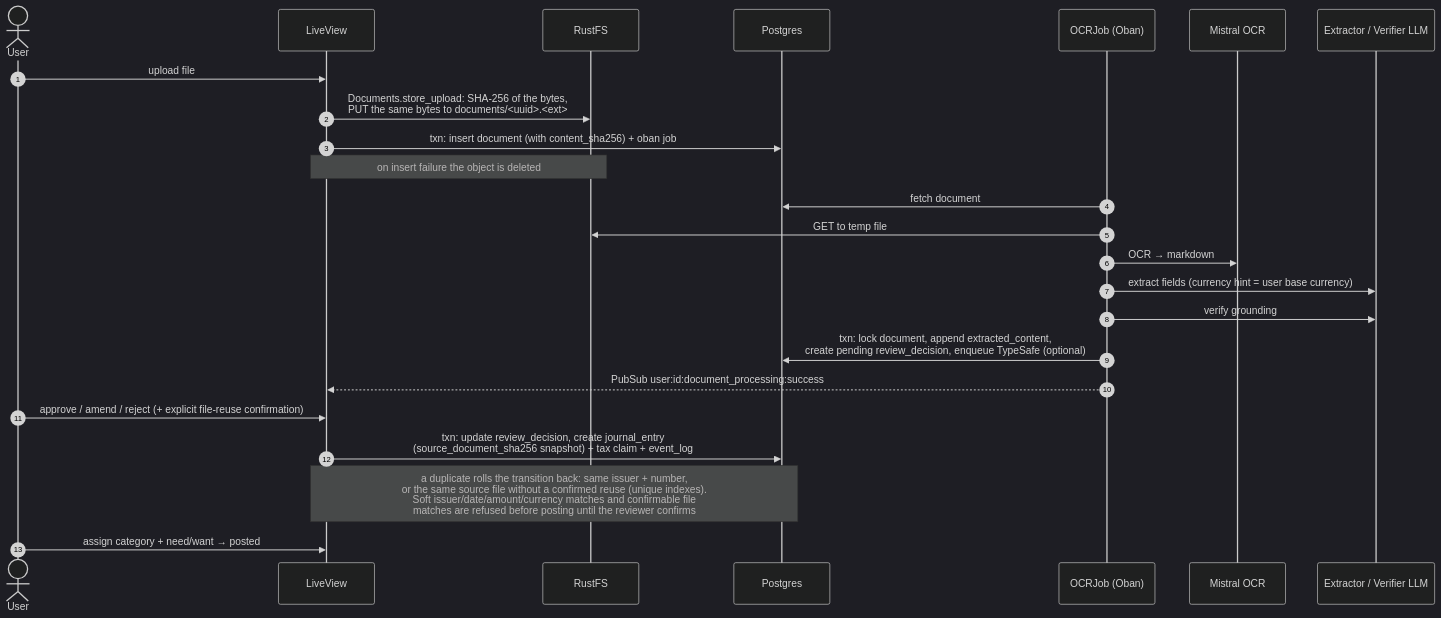
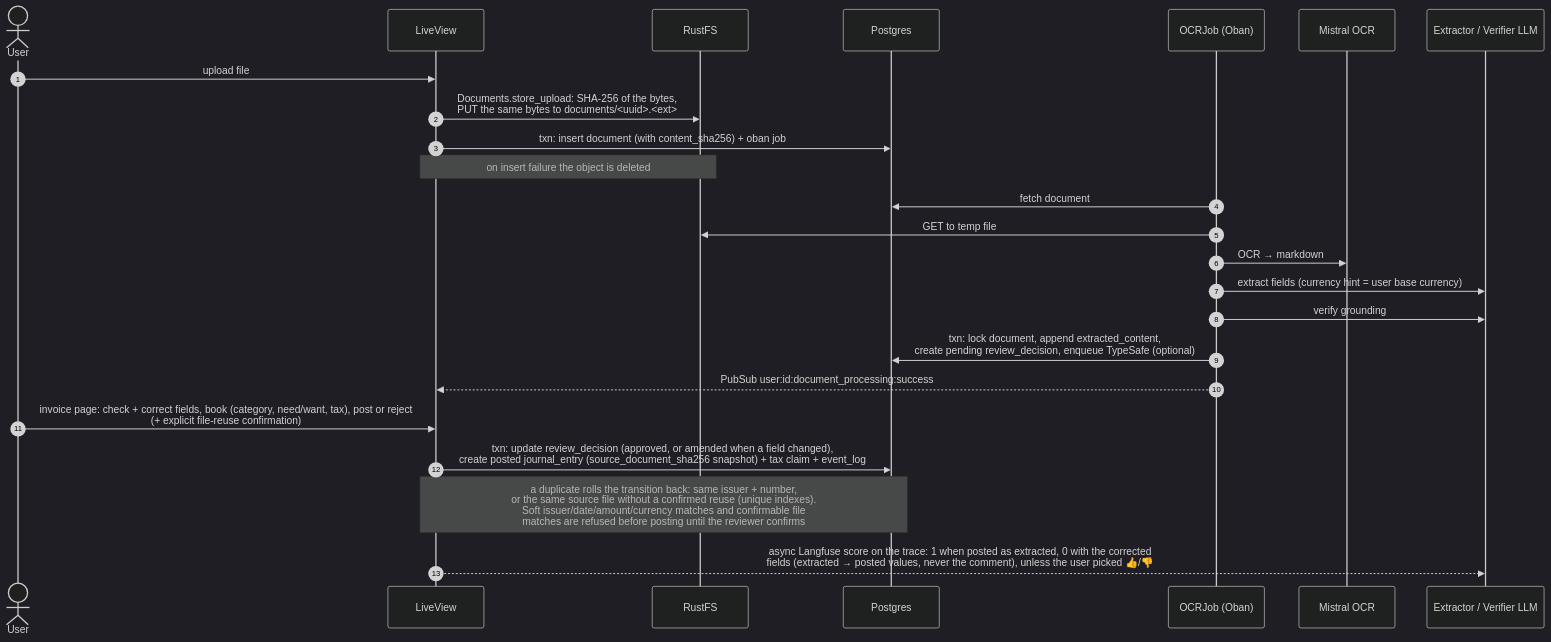
One commit to acramatte/zaimu-tomo changed the third of 6 diagrams in docs/architecture.md. Above: the diagram before and after it, drawn with Mermaid (dark theme). The commit also changed other lines of this file and 27 other files, not shown here.

````diff
--- a/docs/architecture.md
+++ b/docs/architecture.md
@@ -172,27 +172,27 @@
 ```mermaid
 sequenceDiagram
     autonumber
     actor U as User
     participant LV as LiveView
     participant S3 as RustFS
     participant DB as Postgres
     participant J as OCRJob (Oban)
     participant M as Mistral OCR
     participant L as Extractor / Verifier LLM
 
     U->>LV: upload file
     LV->>S3: Documents.store_upload: SHA-256 of the bytes,<br/>PUT the same bytes to documents/<uuid>.<ext>
     LV->>DB: txn: insert document (with content_sha256) + oban job
     Note over LV,S3: on insert failure the object is deleted
     J->>DB: fetch document
     J->>S3: GET to temp file
     J->>M: OCR → markdown
     J->>L: extract fields (currency hint = user base currency)
     J->>L: verify grounding
     J->>DB: txn: lock document, append extracted_content,<br/>create pending review_decision, enqueue TypeSafe (optional)
     J-->>LV: PubSub user:id:document_processing:success
-    U->>LV: approve / amend / reject (+ explicit file-reuse confirmation)
-    LV->>DB: txn: update review_decision, create journal_entry<br/>(source_document_sha256 snapshot) + tax claim + event_log
+    U->>LV: invoice page: check + correct fields, book (category, need/want, tax), post or reject<br/>(+ explicit file-reuse confirmation)
+    LV->>DB: txn: update review_decision (approved, or amended when a field changed),<br/>create posted journal_entry (source_document_sha256 snapshot) + tax claim + event_log
     Note over LV,DB: a duplicate rolls the transition back: same issuer + number,<br/>or the same source file without a confirmed reuse (unique indexes).<br/>Soft issuer/date/amount/currency matches and confirmable file<br/>matches are refused before posting until the reviewer confirms
-    U->>LV: assign category + need/want → posted
+    LV-->>L: async Langfuse score on the trace: 1 when posted as extracted, 0 with the corrected<br/>fields (extracted → posted values, never the comment), unless the user picked 👍/👎
 ```
````
